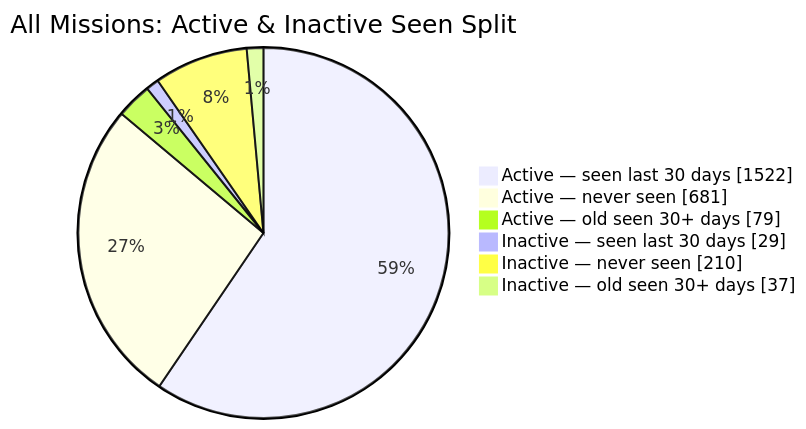
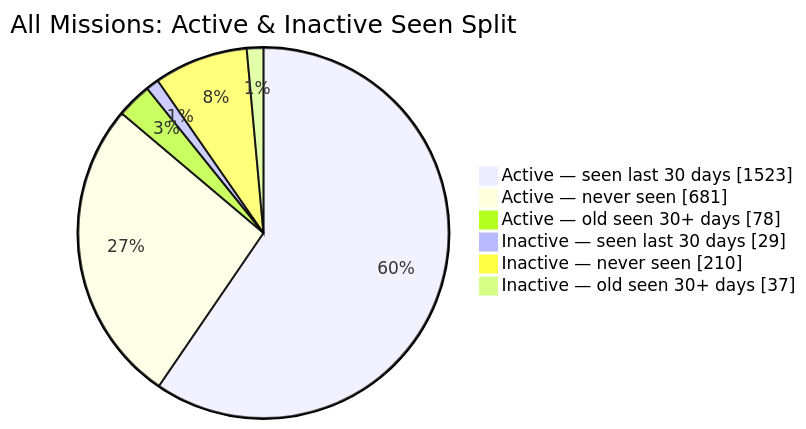
Before and after one commit to MeldkamerspelGameTeam/active-missions: the second of 2 diagrams in README.md, drawn with Mermaid. The commit also changed other lines of this file and 2 other files, not shown here.

````diff
--- a/README.md
+++ b/README.md
@@ -44,10 +44,10 @@
 ```mermaid
 pie showData
     title All Missions: Active & Inactive Seen Split
-    "Active — seen last 30 days" : 1522
+    "Active — seen last 30 days" : 1523
     "Active — never seen" : 681
-    "Active — old seen 30+ days" : 79
+    "Active — old seen 30+ days" : 78
     "Inactive — seen last 30 days" : 29
     "Inactive — never seen" : 210
     "Inactive — old seen 30+ days" : 37
 ```
````
